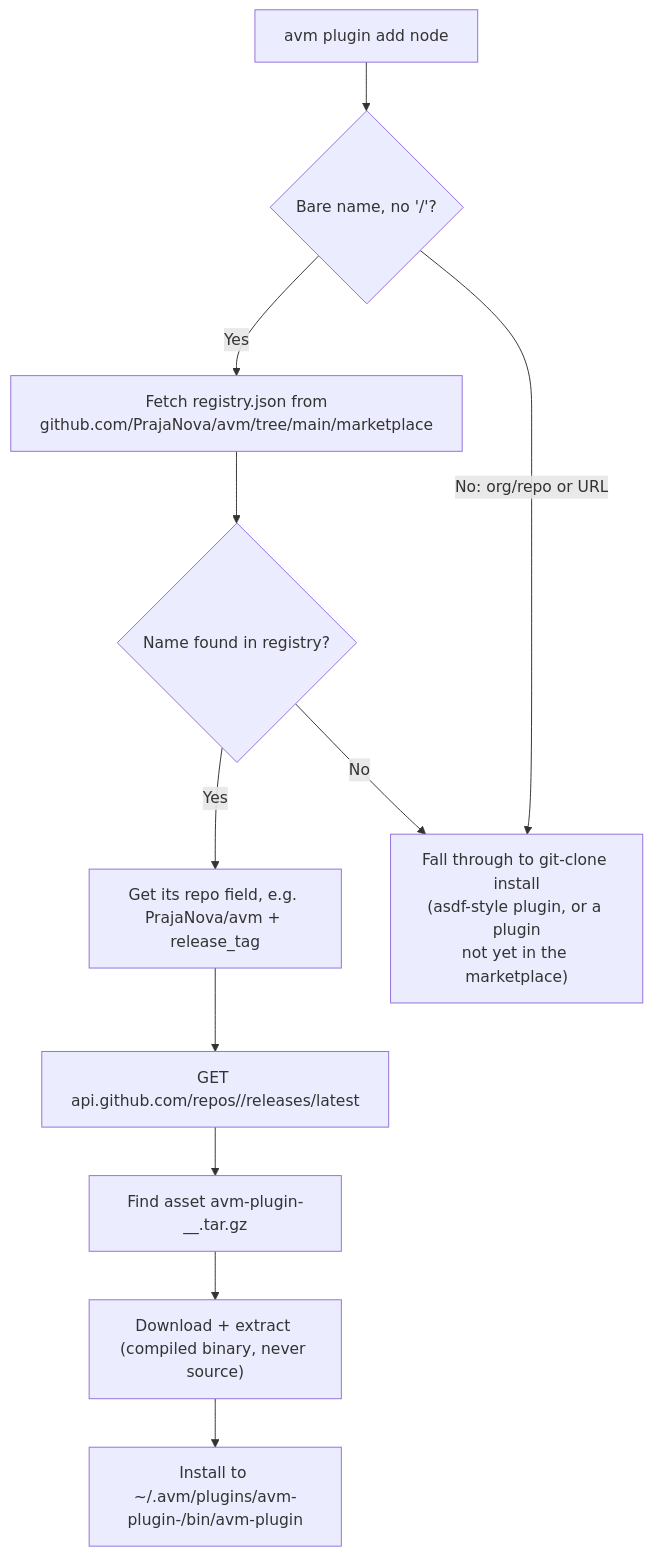
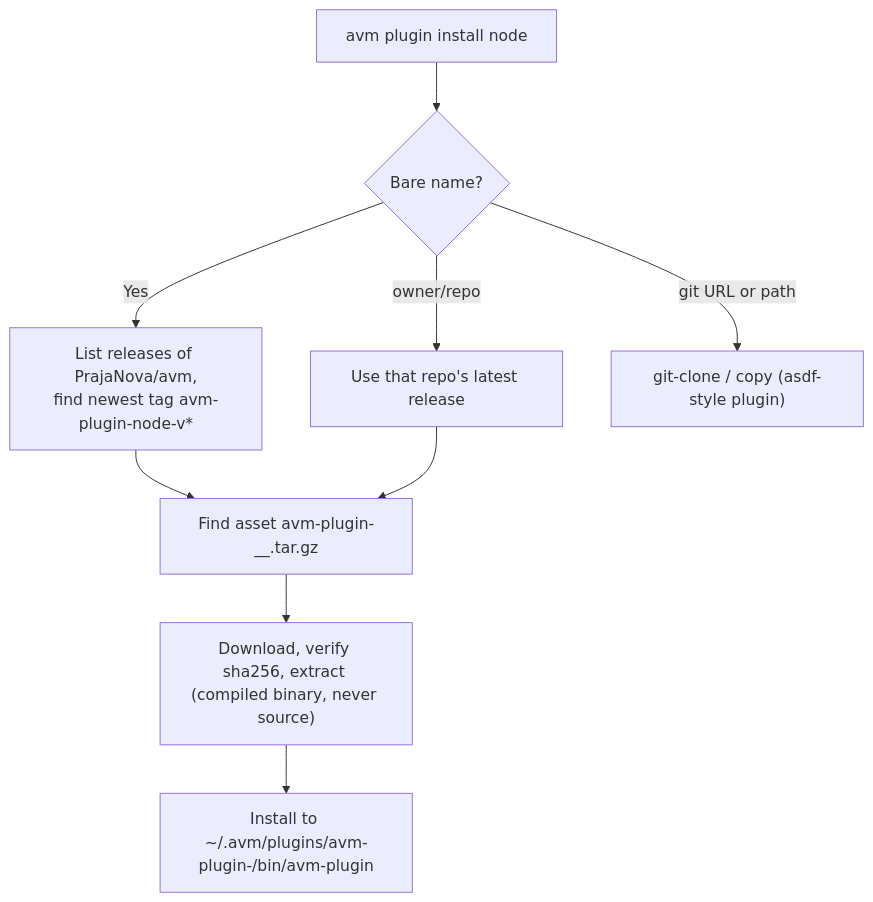
One commit to PrajaNova/avm changed the diagram in docs/architecture/ARCHITECTURE.md. Above: the diagram before and after it, drawn with Mermaid. The commit also changed other lines of this file and 117 other files, not shown here.

````diff
--- a/docs/architecture/ARCHITECTURE.md
+++ b/docs/architecture/ARCHITECTURE.md
@@ -61,13 +61,11 @@
 ```mermaid
 flowchart TD
-  A["avm plugin add node"] --> B{"Bare name, no '/'?"}
-  B -->|Yes| C["Fetch registry.json from\ngithub.com/PrajaNova/avm/tree/main/marketplace"]
-  C --> D{"Name found in registry?"}
-  D -->|Yes| E["Get its repo field, e.g. PrajaNova/avm + release_tag"]
-  D -->|No| F["Fall through to git-clone install\n(asdf-style plugin, or a plugin\nnot yet in the marketplace)"]
-  B -->|No: org/repo or URL| F
-  E --> G["GET api.github.com/repos/<repo>/releases/latest"]
-  G --> H["Find asset avm-plugin-<name>_<os>_<arch>.tar.gz"]
-  H --> I["Download + extract (compiled binary, never source)"]
+  A["avm plugin install node"] --> B{"Bare name?"}
+  B -->|Yes| C["List releases of PrajaNova/avm,\nfind newest tag avm-plugin-node-v*"]
+  B -->|"owner/repo"| D["Use that repo's latest release"]
+  B -->|"git URL or path"| F["git-clone / copy (asdf-style plugin)"]
+  C --> H["Find asset avm-plugin-<name>_<os>_<arch>.tar.gz"]
+  D --> H
+  H --> I["Download, verify sha256, extract (compiled binary, never source)"]
   I --> J["Install to ~/.avm/plugins/avm-plugin-<name>/bin/avm-plugin"]
 ```
````
